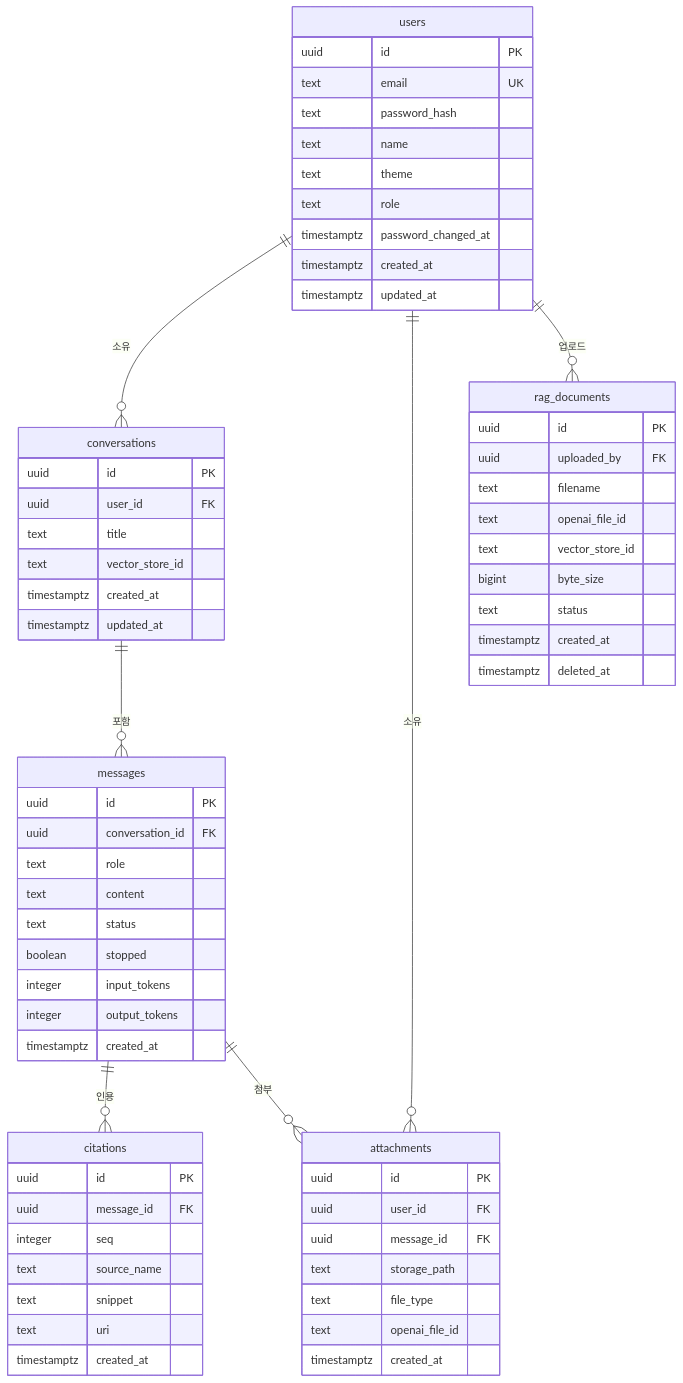
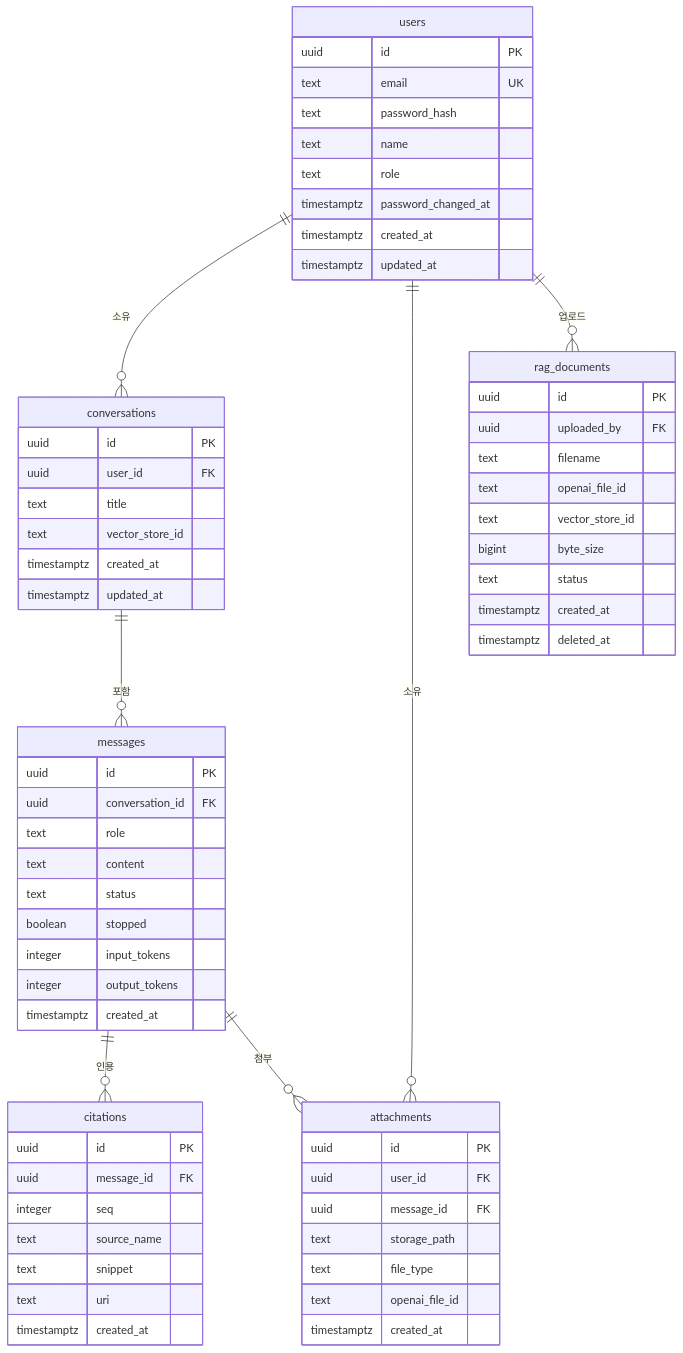
The diagram in docs/01_specs/erd.md (changs0124/rag-chatbot), drawn with Mermaid before and after one commit. The commit also changed other lines of this file and 37 other files, not shown here.

````diff
--- a/docs/01_specs/erd.md
+++ b/docs/01_specs/erd.md
@@ -22,74 +22,73 @@
 ```mermaid
 erDiagram
     users {
         uuid id PK
         text email UK
         text password_hash
         text name
-        text theme
         text role
         timestamptz password_changed_at
         timestamptz created_at
         timestamptz updated_at
     }
 
     conversations {
         uuid id PK
         uuid user_id FK
         text title
         text vector_store_id
         timestamptz created_at
         timestamptz updated_at
     }
 
     messages {
         uuid id PK
         uuid conversation_id FK
         text role
         text content
         text status
         boolean stopped
         integer input_tokens
         integer output_tokens
         timestamptz created_at
     }
 
     citations {
         uuid id PK
         uuid message_id FK
         integer seq
         text source_name
         text snippet
         text uri
         timestamptz created_at
     }
 
     attachments {
         uuid id PK
         uuid user_id FK
         uuid message_id FK
         text storage_path
         text file_type
         text openai_file_id
         timestamptz created_at
     }
 
     rag_documents {
         uuid id PK
         uuid uploaded_by FK
         text filename
         text openai_file_id
         text vector_store_id
         bigint byte_size
         text status
         timestamptz created_at
         timestamptz deleted_at
     }
 
     users ||--o{ conversations : "소유"
     users ||--o{ attachments : "소유"
     users ||--o{ rag_documents : "업로드"
     conversations ||--o{ messages : "포함"
     messages ||--o{ citations : "인용"
     messages ||--o{ attachments : "첨부"
 ```
````
